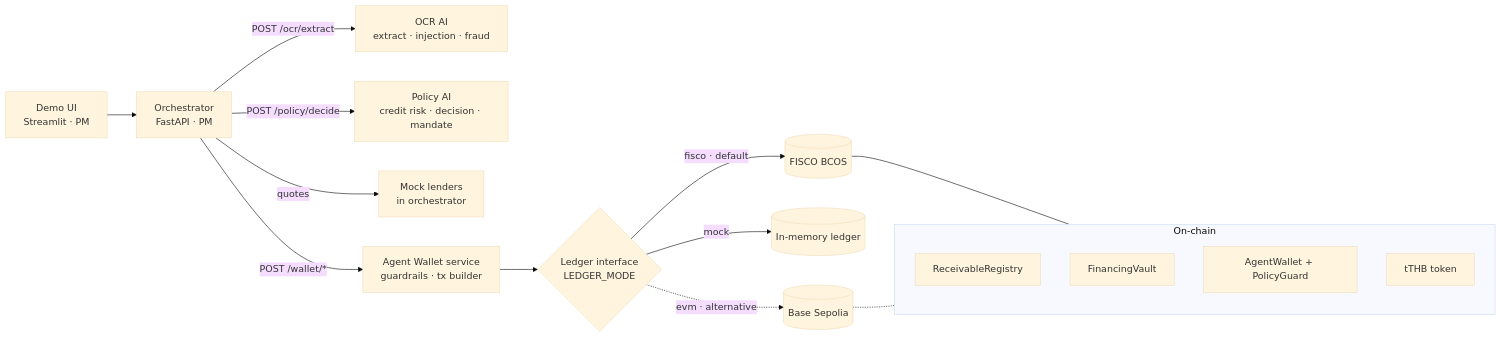
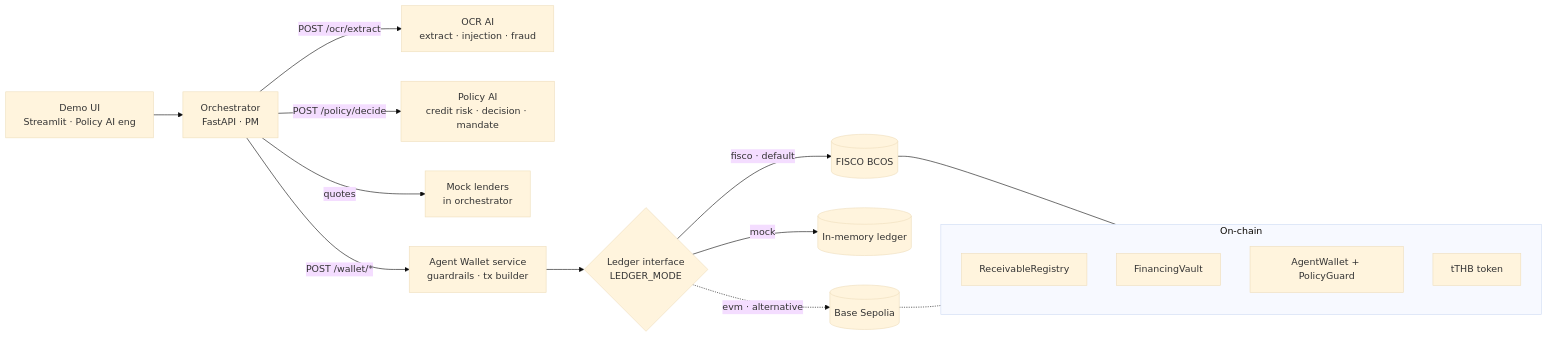
The first of 2 diagrams in docs/01-architecture.md (Khawpuneiei/ReceivableOS), drawn with Mermaid (base theme) before and after one commit. The commit also changed other lines of this file, not shown here.

First line of the commit message:
docs(architecture): apply P's ownership decisions

````diff
--- a/docs/01-architecture.md
+++ b/docs/01-architecture.md
@@ -82,20 +82,20 @@
 ```mermaid
 flowchart LR
-    UI[Demo UI<br/>Streamlit · PM] --> ORC[Orchestrator<br/>FastAPI · PM]
+    UI[Demo UI<br/>Streamlit · Policy AI eng] --> ORC[Orchestrator<br/>FastAPI · PM]
     ORC -->|POST /ocr/extract| OCR[OCR AI<br/>extract · injection · fraud]
     ORC -->|POST /policy/decide| POL[Policy AI<br/>credit risk · decision · mandate]
     ORC -->|quotes| LEN[Mock lenders<br/>in orchestrator]
     ORC -->|POST /wallet/*| WAL[Agent Wallet service<br/>guardrails · tx builder]
     WAL --> CC{Ledger interface<br/>LEDGER_MODE}
     CC -->|fisco · default| FB[(FISCO BCOS)]
     CC -->|mock| MOCK[(In-memory ledger)]
     CC -.->|evm · alternative| EVM[(Base Sepolia)]
     subgraph On-chain
       REG[ReceivableRegistry]
       VAULT[FinancingVault]
       AW[AgentWallet + PolicyGuard]
       TTHB[tTHB token]
     end
     FB --- On-chain
     EVM -.- On-chain
 ```
````
